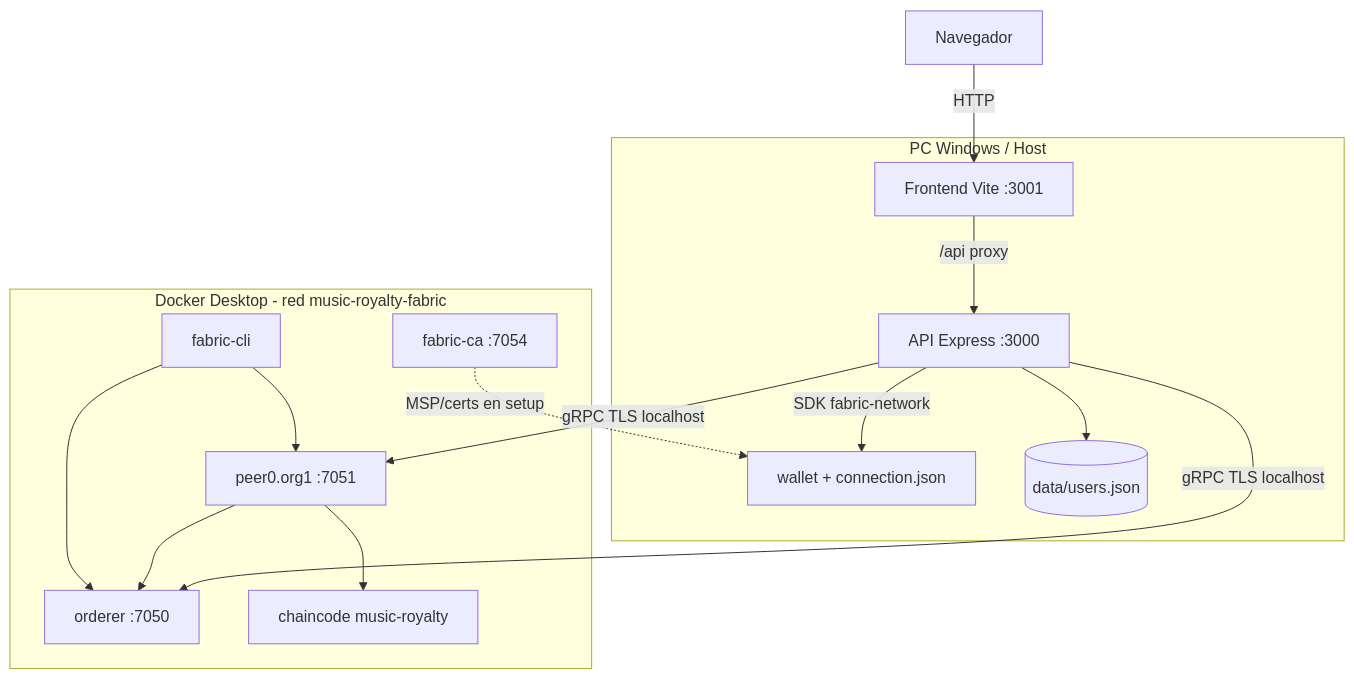
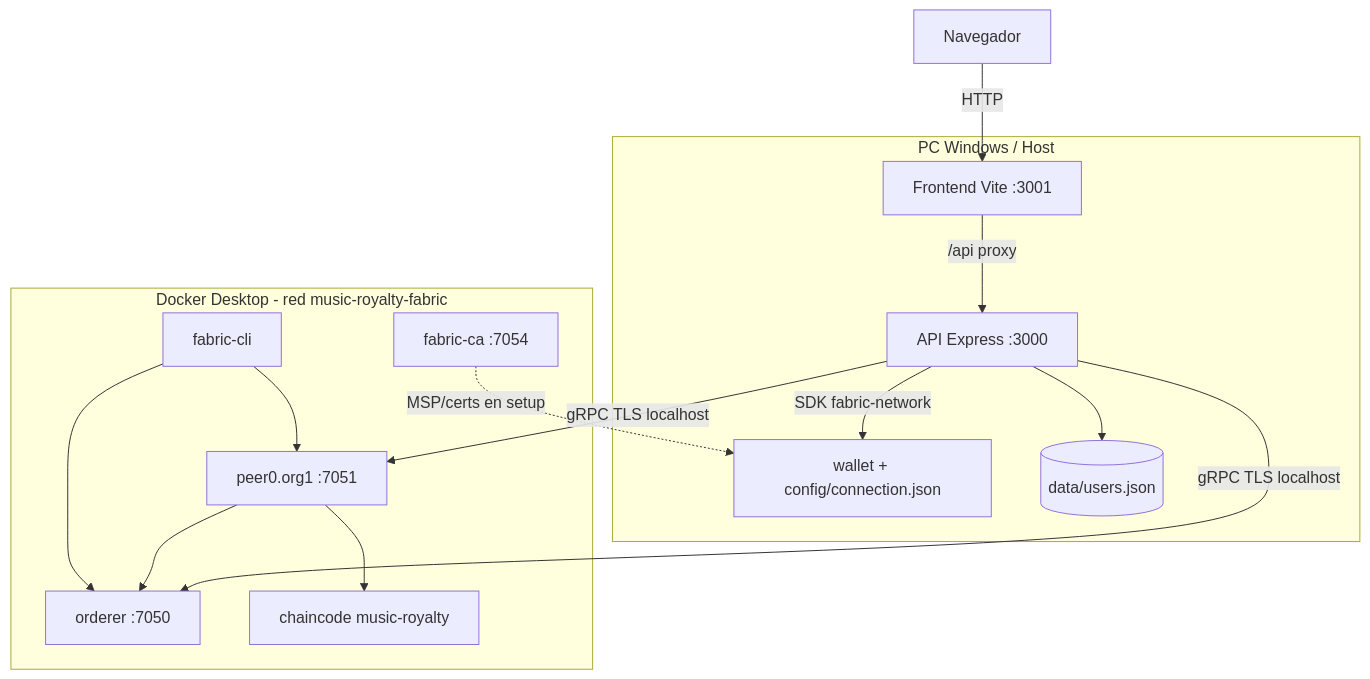
The first of 5 diagrams in README.md (Mianjoy/Blockchain-Musical-), drawn with Mermaid before and after one commit. The commit also changed other lines of this file and 45 other files, not shown here.

````diff
--- a/README.md
+++ b/README.md
@@ -49,29 +49,29 @@
 ```mermaid
 flowchart TB
   subgraph host["PC Windows / Host"]
     UI["Frontend Vite :3001"]
     API["API Express :3000"]
-    Wallet["wallet + connection.json"]
+    Wallet["wallet + config/connection.json"]
     Users[("data/users.json")]
   end
 
   subgraph docker["Docker Desktop - red music-royalty-fabric"]
     CA["fabric-ca :7054"]
     ORD["orderer :7050"]
     PEER["peer0.org1 :7051"]
     CLI["fabric-cli"]
     CC["chaincode music-royalty"]
   end
 
   UserBrowser["Navegador"] -->|HTTP| UI
   UI -->|"/api proxy"| API
   API --> Users
   API -->|SDK fabric-network| Wallet
   API -->|"gRPC TLS localhost"| PEER
   API -->|"gRPC TLS localhost"| ORD
   PEER --> CC
   PEER --> ORD
   CLI --> PEER
   CLI --> ORD
   CA -.->|"MSP/certs en setup"| Wallet
 ```
````
